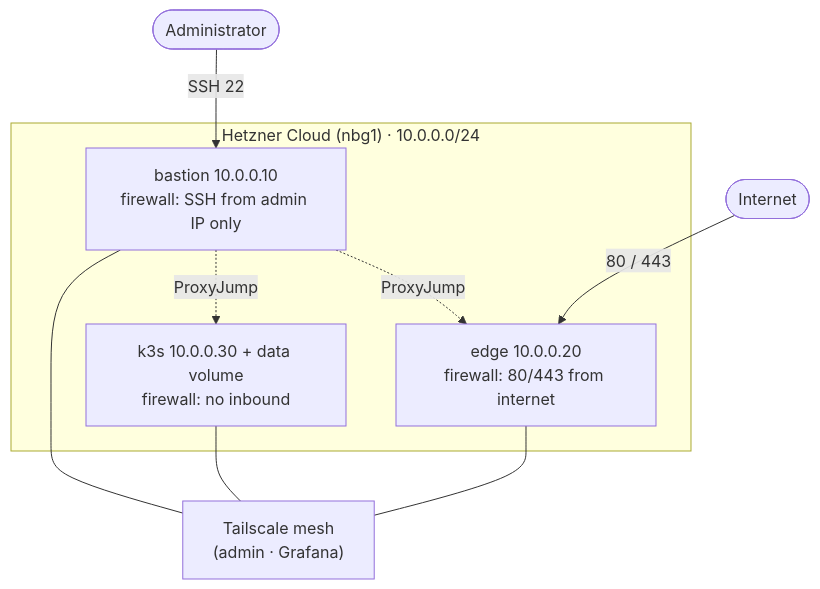
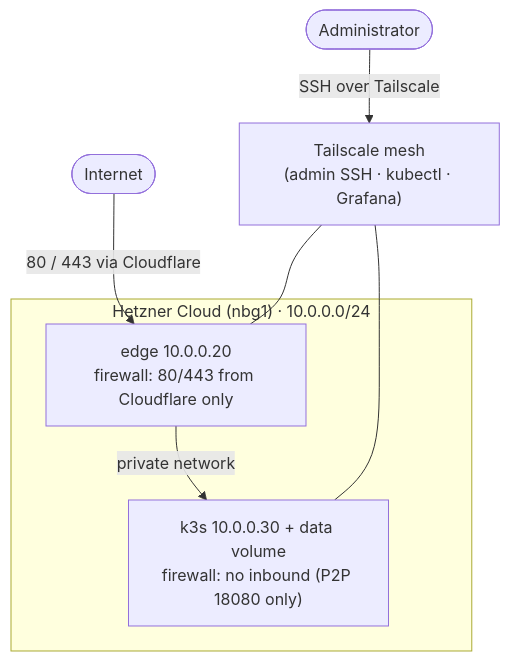
Before and after one commit to nowi333/monerometrics: the second of 4 diagrams in README.md, drawn with Mermaid. The commit also changed other lines of this file and 15 other files, not shown here.

Commit message:
infra: drop the ssh bastion, admin over tailscale only

````diff
--- a/README.md
+++ b/README.md
@@ -134,16 +135,13 @@
 ```mermaid
 flowchart TB
-    Admin(["Administrator"]) -->|"SSH 22"| Bastion
-    Internet(["Internet"]) -->|"80 / 443"| Edge
+    Admin(["Administrator"]) -->|"SSH over Tailscale"| Mesh
+    Internet(["Internet"]) -->|"80 / 443 via Cloudflare"| Edge
     subgraph HZ["Hetzner Cloud (nbg1) · 10.0.0.0/24"]
-        Bastion["bastion 10.0.0.10<br/>firewall: SSH from admin IP only"]
-        Edge["edge 10.0.0.20<br/>firewall: 80/443 from internet"]
-        K3s["k3s 10.0.0.30 + data volume<br/>firewall: no inbound"]
-        Bastion -. ProxyJump .-> Edge
-        Bastion -. ProxyJump .-> K3s
+        Edge["edge 10.0.0.20<br/>firewall: 80/443 from Cloudflare only"]
+        K3s["k3s 10.0.0.30 + data volume<br/>firewall: no inbound (P2P 18080 only)"]
+        Edge -->|"private network"| K3s
     end
-    Mesh["Tailscale mesh<br/>(admin · Grafana)"]
-    Bastion --- Mesh
-    Edge --- Mesh
-    K3s --- Mesh
+    Mesh["Tailscale mesh<br/>(admin SSH · kubectl · Grafana)"]
+    Mesh --- Edge
+    Mesh --- K3s
 ```
````
